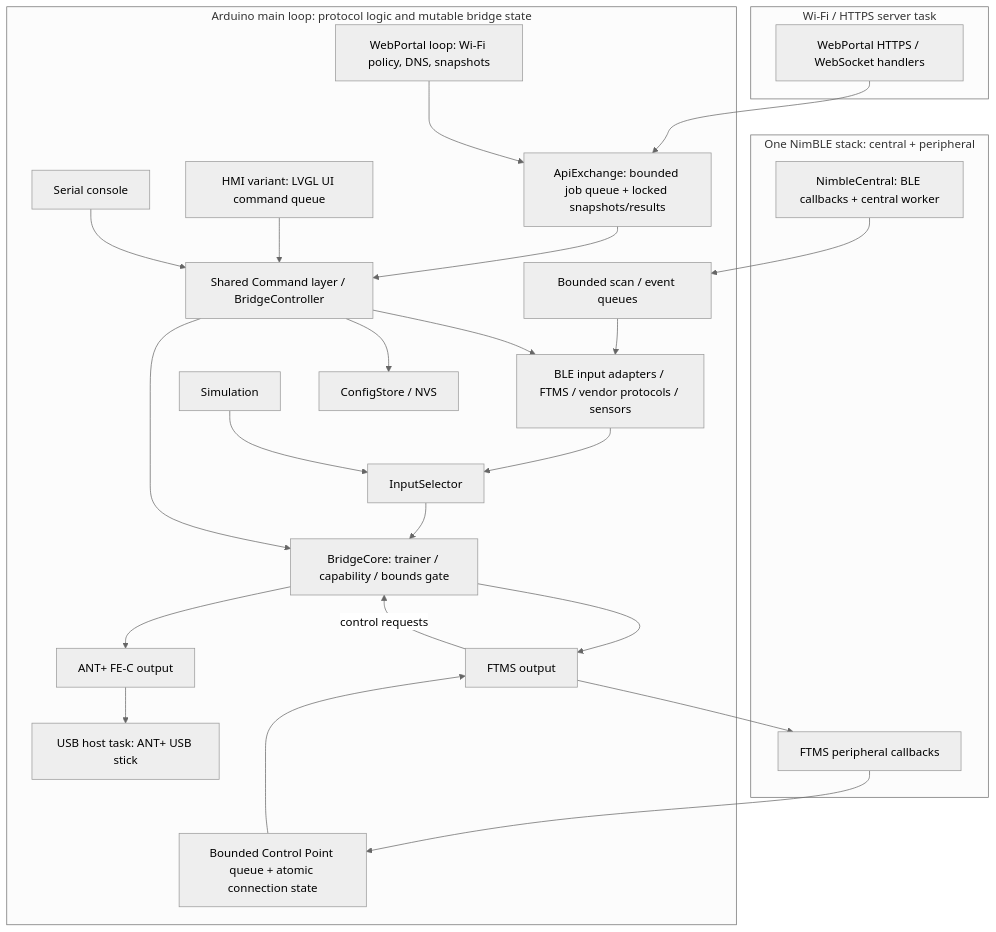
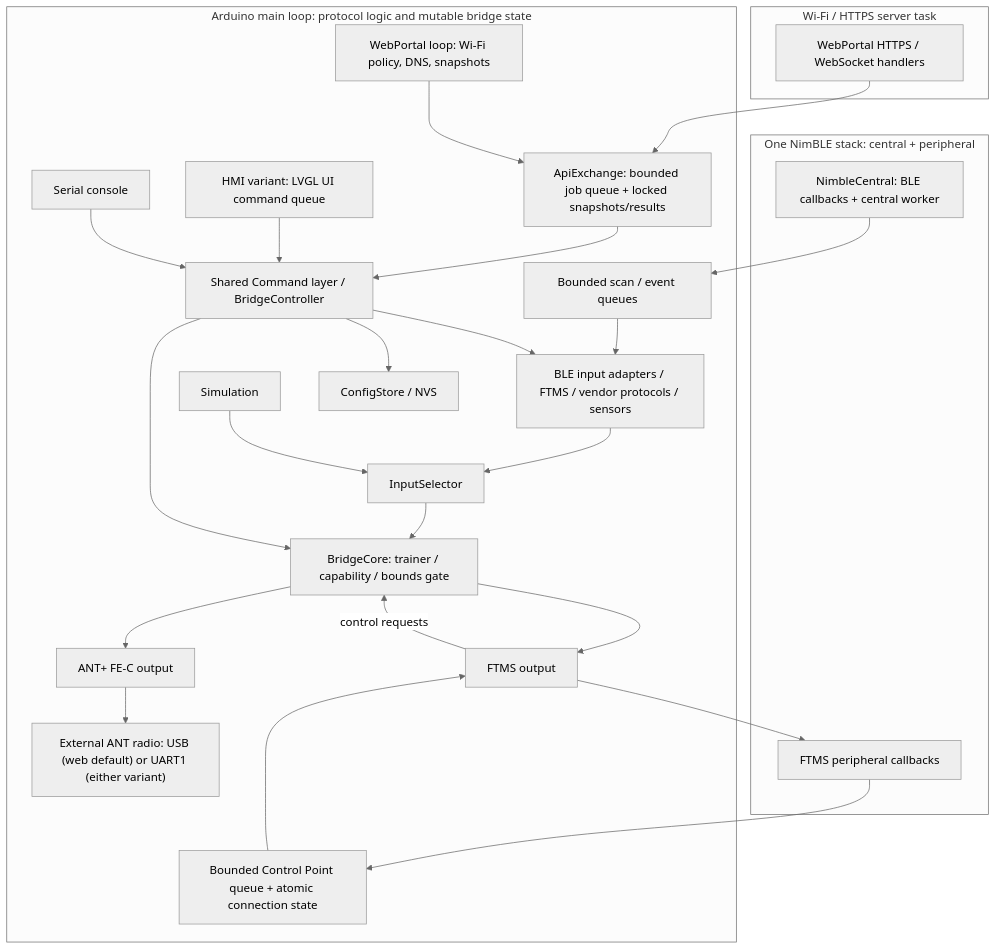
One commit to hubwerk/smartfitness-bridge changed the diagram in README.md. Above: the diagram before and after it, drawn with Mermaid (neutral theme). The commit also changed other lines of this file and 23 other files, not shown here.

Commit message:
Add host-tested UART ANT transport and HMI ANT channel controls

````diff
--- a/README.md
+++ b/README.md
@@ -217,32 +227,32 @@
 ```mermaid
 flowchart TD
   subgraph radio["One NimBLE stack: central + peripheral"]
     NC["NimbleCentral: BLE callbacks + central worker"]
     FP["FTMS peripheral callbacks"]
   end
   subgraph wifi["Wi-Fi / HTTPS server task"]
     HTTP["WebPortal HTTPS / WebSocket handlers"]
   end
   NC --> SQ["Bounded scan / event queues"]
   FP --> CQ["Bounded Control Point queue + atomic connection state"]
   HTTP --> API["ApiExchange: bounded job queue + locked snapshots/results"]
   subgraph loop["Arduino main loop: protocol logic and mutable bridge state"]
     SQ --> BLE["BLE input adapters / FTMS / vendor protocols / sensors"]
     BLE --> IS["InputSelector"]
     SIM["Simulation"] --> IS
     IS --> CORE["BridgeCore: trainer / capability / bounds gate"]
     CORE --> OUT["FTMS output"]
     CORE --> ANT["ANT+ FE-C output"]
-    ANT --> USBH["USB host task: ANT+ USB stick"]
+    ANT --> USBH["External ANT radio: USB (web default) or UART1 (either variant)"]
     API --> CMD["Shared Command layer / BridgeController"]
     HMI["HMI variant: LVGL UI command queue"] --> CMD
     CON["Serial console"] --> CMD
     CMD --> CORE
     CMD --> BLE
     CMD --> CFG["ConfigStore / NVS"]
     CQ --> OUT
     OUT -->|control requests| CORE
     WP["WebPortal loop: Wi-Fi policy, DNS, snapshots"] --> API
   end
   OUT --> FP
 ```
````
